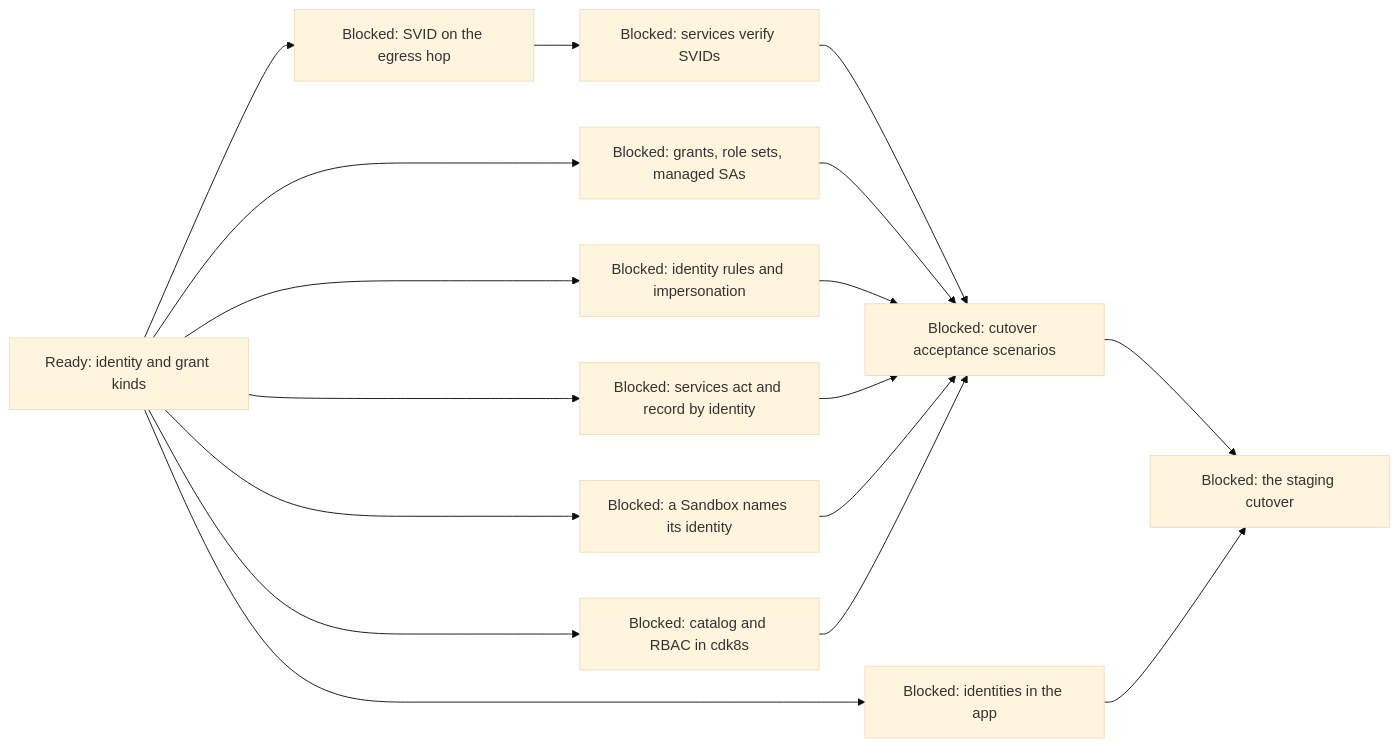
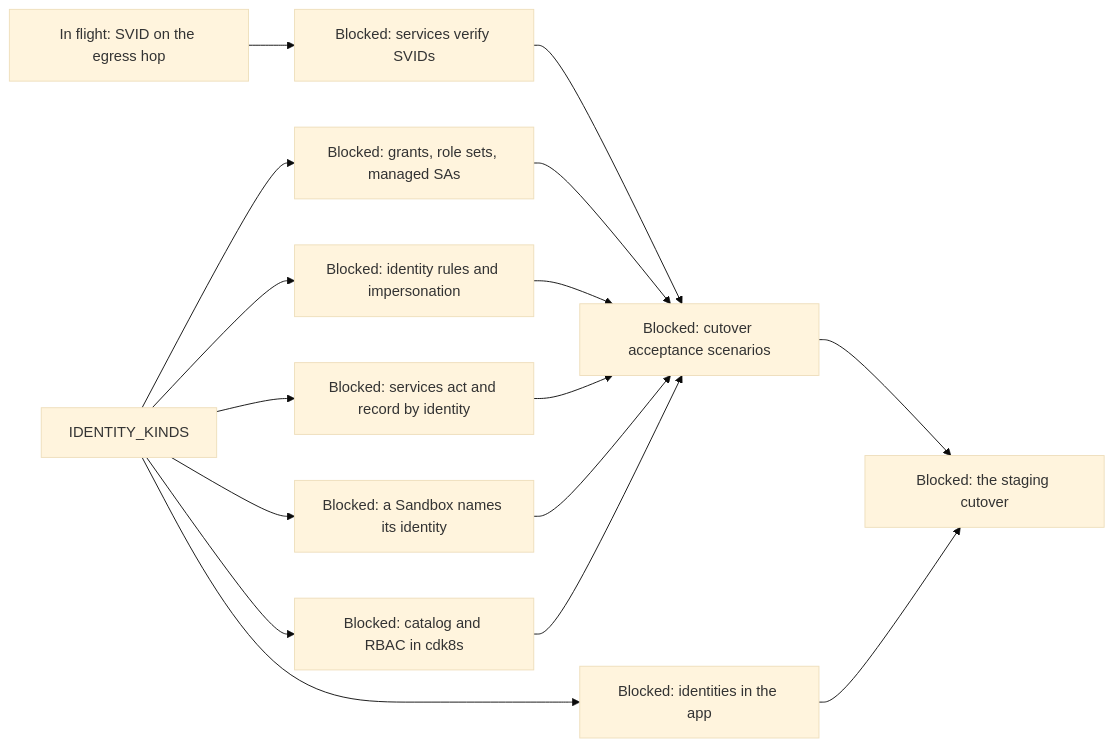
One commit to agentydragon/ducktape changed diagram 16 of 18 in agentplane/plans/task_dag.md. Above: the diagram before and after it, drawn with Mermaid (base theme). The commit also changed other lines of this file and 19 other files, not shown here.

Commit message:
Add optional Runtime SVID egress listener

````diff
--- a/agentplane/plans/task_dag.md
+++ b/agentplane/plans/task_dag.md
@@ -2959,19 +2959,19 @@
 ```mermaid
 flowchart LR
-    IDENTITY_KINDS[Ready: identity and grant kinds] --> SVID_EGRESS_HOP[Blocked: SVID on the egress hop]
+    SVID_EGRESS_HOP[In flight: SVID on the egress hop]
     IDENTITY_KINDS --> POLICY_GRANTS[Blocked: grants, role sets, managed SAs]
     IDENTITY_KINDS --> EGRESS_IDENTITY_RULES[Blocked: identity rules and impersonation]
     IDENTITY_KINDS --> SERVICES_IDENTITY_PRINCIPAL[Blocked: services act and record by identity]
     IDENTITY_KINDS --> SANDBOX_IDENTITY_SPEC[Blocked: a Sandbox names its identity]
     IDENTITY_KINDS --> IDENTITY_CATALOG[Blocked: catalog and RBAC in cdk8s]
     IDENTITY_KINDS --> APP_IDENTITIES_UI[Blocked: identities in the app]
     SVID_EGRESS_HOP --> SVID_PLATFORM_ROUTES[Blocked: services verify SVIDs]
     SVID_PLATFORM_ROUTES --> IDENTITY_SYSTEM_TESTS[Blocked: cutover acceptance scenarios]
     POLICY_GRANTS --> IDENTITY_SYSTEM_TESTS
     EGRESS_IDENTITY_RULES --> IDENTITY_SYSTEM_TESTS
     SERVICES_IDENTITY_PRINCIPAL --> IDENTITY_SYSTEM_TESTS
     SANDBOX_IDENTITY_SPEC --> IDENTITY_SYSTEM_TESTS
     IDENTITY_CATALOG --> IDENTITY_SYSTEM_TESTS
     IDENTITY_SYSTEM_TESTS --> IDENTITY_CUTOVER[Blocked: the staging cutover]
     APP_IDENTITIES_UI --> IDENTITY_CUTOVER
 ```
````
